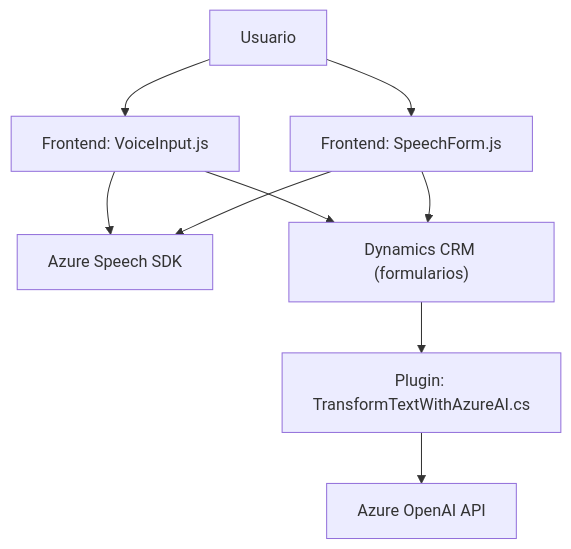
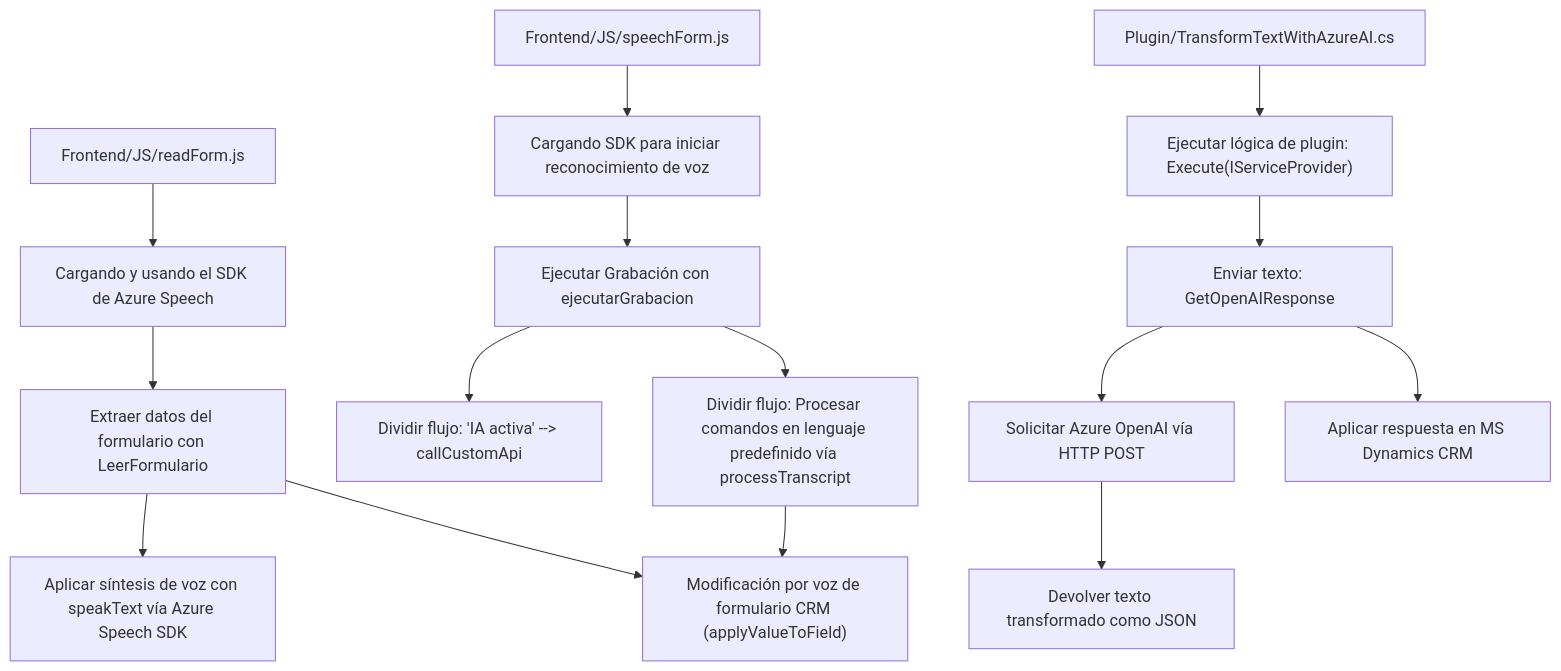
One commit to blopezdm/NETCORE_BILBAO2025 changed the diagram in README.md. Above: the diagram before and after it, drawn with Mermaid. The commit also changed other lines of this file, not shown here.

Commit message:
Actualizar análisis global de la solución con IA

````diff
--- a/README.md
+++ b/README.md
@@ -36,19 +50,20 @@
 ```mermaid
 graph TD
-    A["Usuario"]
-    B["Frontend: VoiceInput.js"]
-    C["Frontend: SpeechForm.js"]
-    D["Azure Speech SDK"]
-    E["Dynamics CRM (formularios)"]
-    F["Plugin: TransformTextWithAzureAI.cs"]
-    G["Azure OpenAI API"]
-    
-    A --> B
-    A --> C
-    B --> D
-    C --> D
-    B --> E
-    C --> E
-    E --> F
-    F --> G
+    A["Frontend/JS/readForm.js"] --> B["Cargando y usando el SDK de Azure Speech"]
+    B --> C["Extraer datos del formulario con LeerFormulario"]
+    C --> D["Aplicar síntesis de voz con speakText vía Azure Speech SDK"]
+
+    A2["Frontend/JS/speechForm.js"] --> J["Cargando SDK para iniciar reconocimiento de voz"]
+    J --> K["Ejecutar Grabación con ejecutarGrabacion"]
+    K --> L["Dividir flujo: 'IA activa' --> callCustomApi"]
+    K --> M["Dividir flujo: Procesar comandos en lenguaje predefinido vía processTranscript"]
+    M --> N["Modificación por voz de formulario CRM (applyValueToField)"]
+
+    A3["Plugin/TransformTextWithAzureAI.cs"] --> E["Ejecutar lógica de plugin: Execute(IServiceProvider)"]
+    E --> F["Enviar texto: GetOpenAIResponse"]
+    F --> G["Solicitar Azure OpenAI vía HTTP POST"]
+    G --> H["Devolver texto transformado como JSON"]
+    F --> I["Aplicar respuesta en MS Dynamics CRM"]
+
+    C --> N
 ```
````
